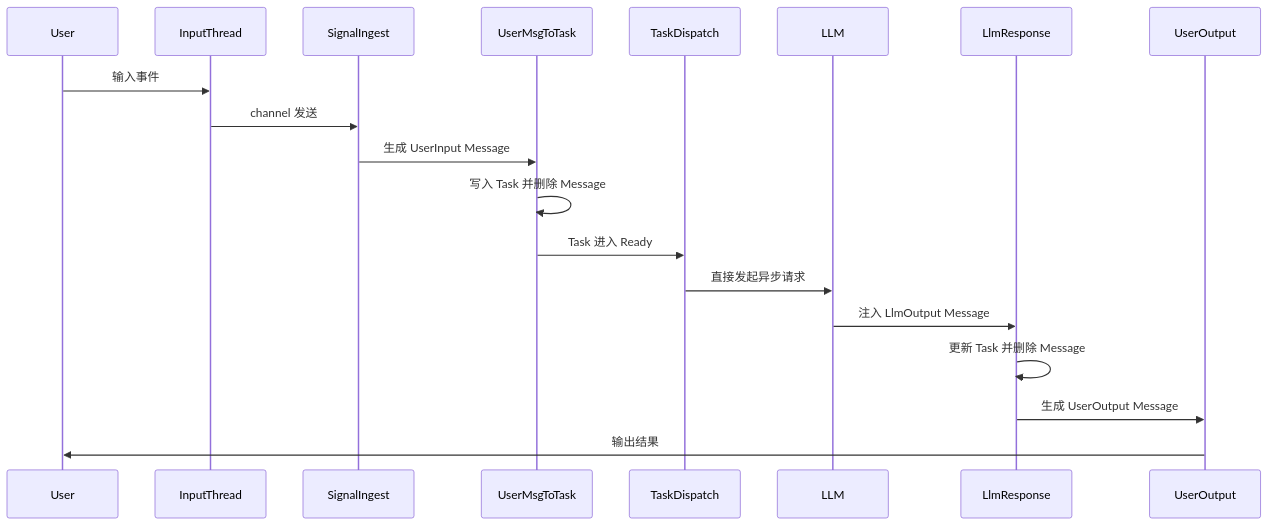
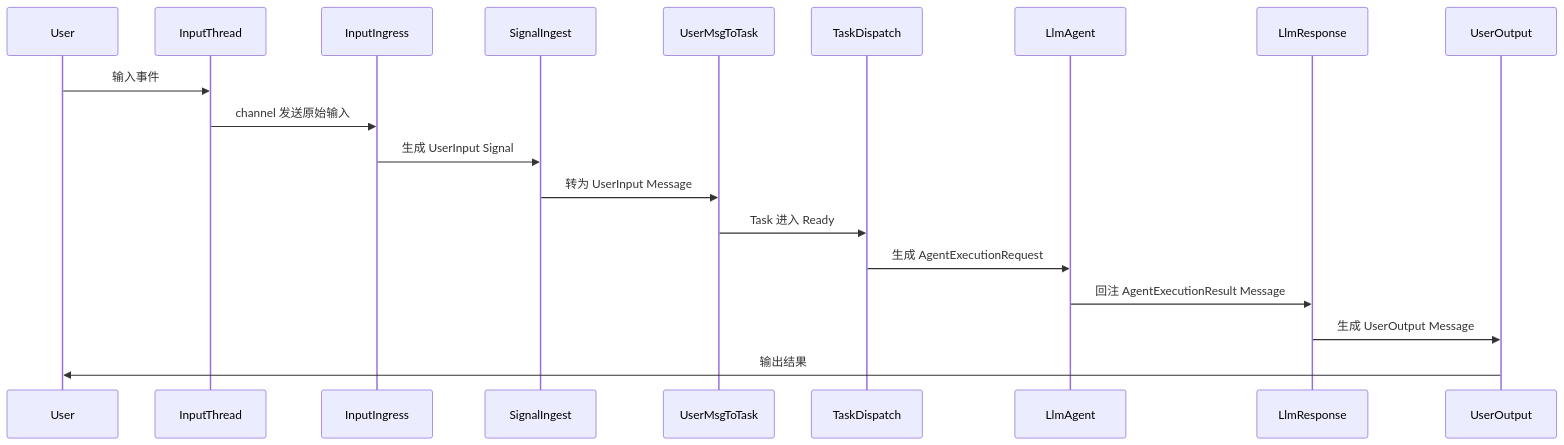
Before and after one commit to diaters/AH: the fifth of 5 diagrams in docs/design/2026-05-10-core-flow-design.md, drawn with Mermaid. The commit also changed other lines of this file and 23 other files, not shown here.

````diff
--- a/docs/design/2026-05-10-core-flow-design.md
+++ b/docs/design/2026-05-10-core-flow-design.md
@@ -418,22 +718,22 @@
 ```mermaid
 sequenceDiagram
     participant User
     participant InputThread
+    participant InputIngress
     participant SignalIngest
     participant UserMsgToTask
     participant TaskDispatch
-    participant LLM
+    participant LlmAgent
     participant LlmResponse
     participant UserOutput
 
     User->>InputThread: 输入事件
-    InputThread->>SignalIngest: channel 发送
-    SignalIngest->>UserMsgToTask: 生成 UserInput Message
-    UserMsgToTask->>UserMsgToTask: 写入 Task 并删除 Message
+    InputThread->>InputIngress: channel 发送原始输入
+    InputIngress->>SignalIngest: 生成 UserInput Signal
+    SignalIngest->>UserMsgToTask: 转为 UserInput Message
     UserMsgToTask->>TaskDispatch: Task 进入 Ready
-    TaskDispatch->>LLM: 直接发起异步请求
-    LLM->>LlmResponse: 注入 LlmOutput Message
-    LlmResponse->>LlmResponse: 更新 Task 并删除 Message
+    TaskDispatch->>LlmAgent: 生成 AgentExecutionRequest
+    LlmAgent->>LlmResponse: 回注 AgentExecutionResult Message
     LlmResponse->>UserOutput: 生成 UserOutput Message
     UserOutput->>User: 输出结果
 ```
````
